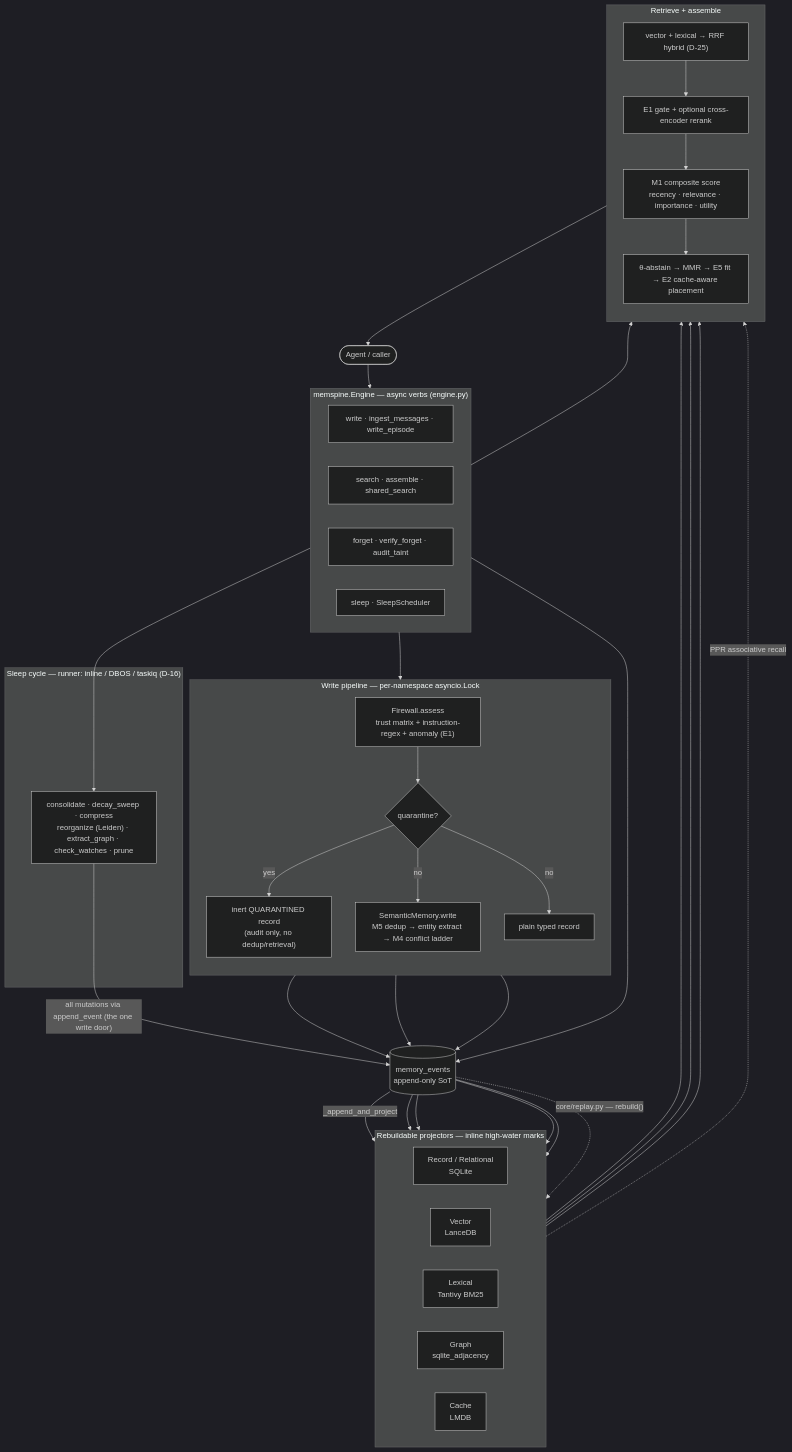
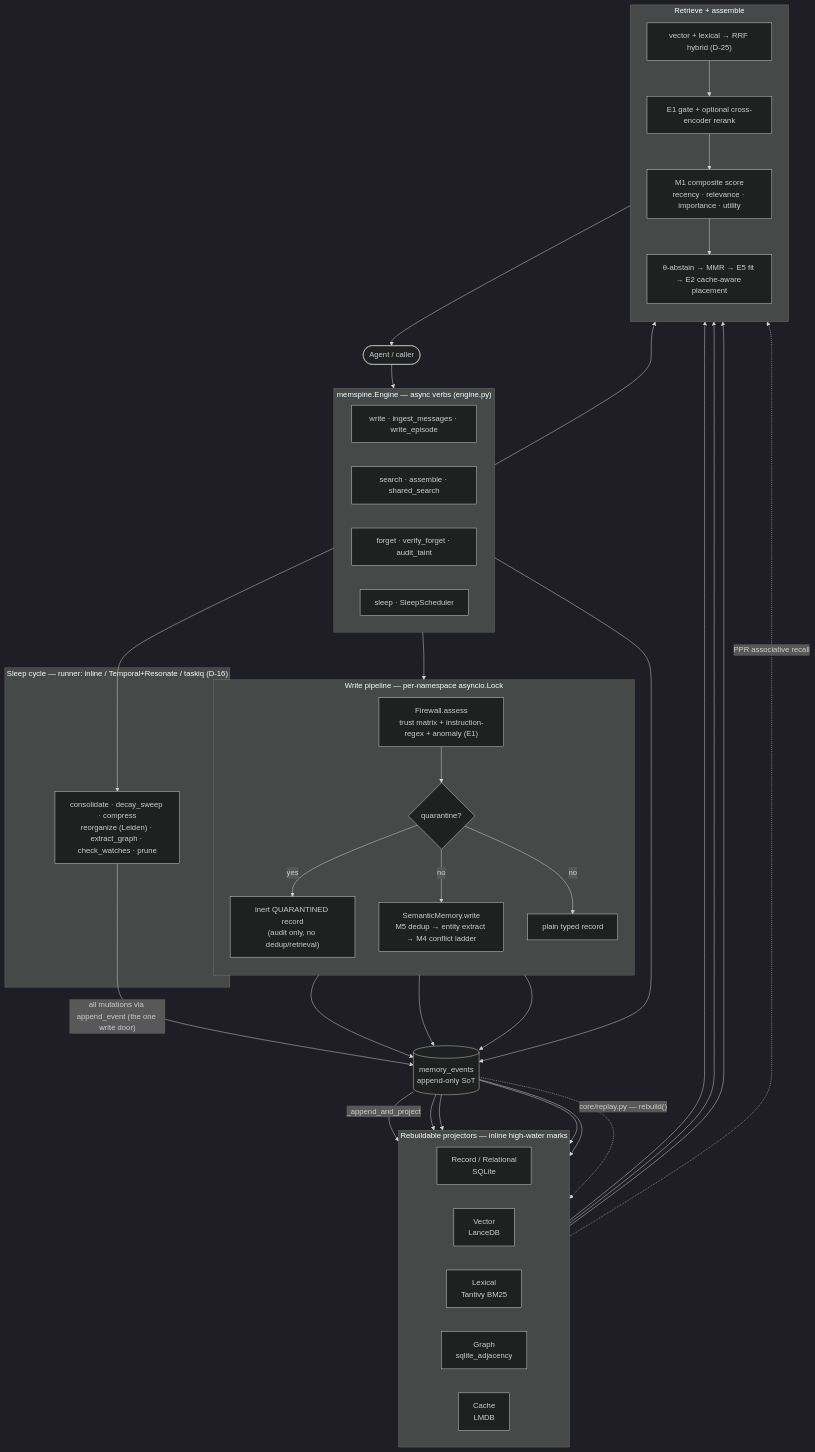
One commit to techiewonk/memspine changed the first of 5 diagrams in docs/MEMSPINE_FLOWS.md. Above: the diagram before and after it, drawn with Mermaid (dark theme). The commit also changed 18 other files, not shown here.

````diff
--- a/docs/MEMSPINE_FLOWS.md
+++ b/docs/MEMSPINE_FLOWS.md
@@ -12,66 +12,66 @@
 ```mermaid
 flowchart TB
   Agent([Agent / caller]) --> Facade
 
   subgraph Facade["memspine.Engine — async verbs (engine.py)"]
     direction LR
     W["write · ingest_messages · write_episode"]
     S["search · assemble · shared_search"]
     F["forget · verify_forget · audit_taint"]
     SL["sleep · SleepScheduler"]
   end
 
   subgraph WritePipe["Write pipeline — per-namespace asyncio.Lock"]
     direction TB
     FW["Firewall.assess<br/>trust matrix + instruction-regex + anomaly (E1)"]
     Q{"quarantine?"}
     QI["inert QUARANTINED record<br/>(audit only, no dedup/retrieval)"]
     SEM["SemanticMemory.write<br/>M5 dedup → entity extract → M4 conflict ladder"]
     PLAIN["plain typed record"]
   end
 
   CORE[("memory_events<br/>append-only SoT")]
 
   subgraph Proj["Rebuildable projectors — inline high-water marks"]
     direction LR
     RP["Record / Relational<br/>SQLite"]
     VP["Vector<br/>LanceDB"]
     LP["Lexical<br/>Tantivy BM25"]
     GP["Graph<br/>sqlite_adjacency"]
     CP["Cache<br/>LMDB"]
   end
 
   subgraph ReadPipe["Retrieve + assemble"]
     direction TB
     HY["vector + lexical → RRF hybrid (D-25)"]
     GT["E1 gate + optional cross-encoder rerank"]
     M1["M1 composite score<br/>recency · relevance · importance · utility"]
     ASM["θ-abstain → MMR → E5 fit → E2 cache-aware placement"]
   end
 
-  subgraph Sleep["Sleep cycle — runner: inline / DBOS / taskiq (D-16)"]
+  subgraph Sleep["Sleep cycle — runner: inline / Temporal+Resonate / taskiq (D-16)"]
     PL["consolidate · decay_sweep · compress<br/>reorganize (Leiden) · extract_graph · check_watches · prune"]
   end
 
   W --> FW --> Q
   Q -- yes --> QI --> CORE
   Q -- no --> SEM --> CORE
   Q -- no --> PLAIN --> CORE
   CORE -->|"_append_and_project"| RP
   CORE --> VP
   CORE --> LP
   CORE --> GP
   CORE --> CP
 
   S --> HY
   VP --> HY
   LP --> HY
   RP --> GT
   GP -. "PPR associative recall" .-> GT
   HY --> GT --> M1 --> ASM --> Agent
 
   SL --> PL
   PL -->|"all mutations via append_event (the one write door)"| CORE
   F --> CORE
   CORE -. "core/replay.py — rebuild()" .-> Proj
 ```
````
